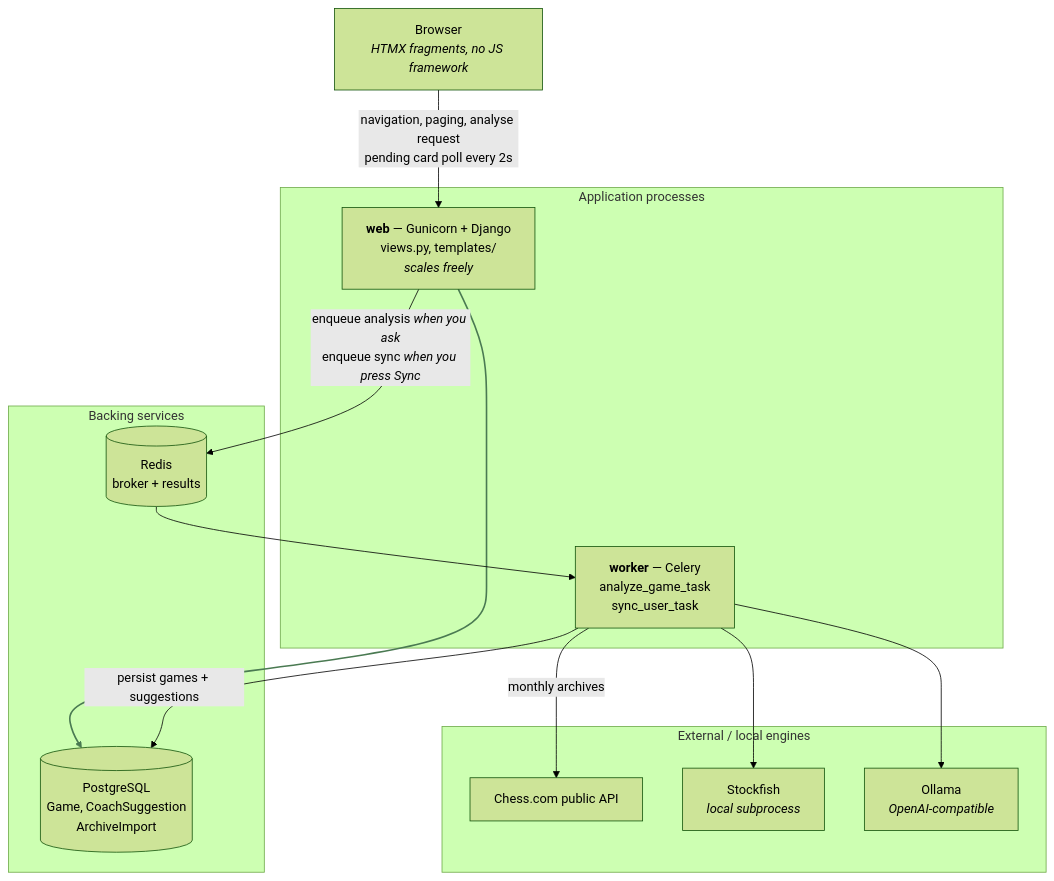
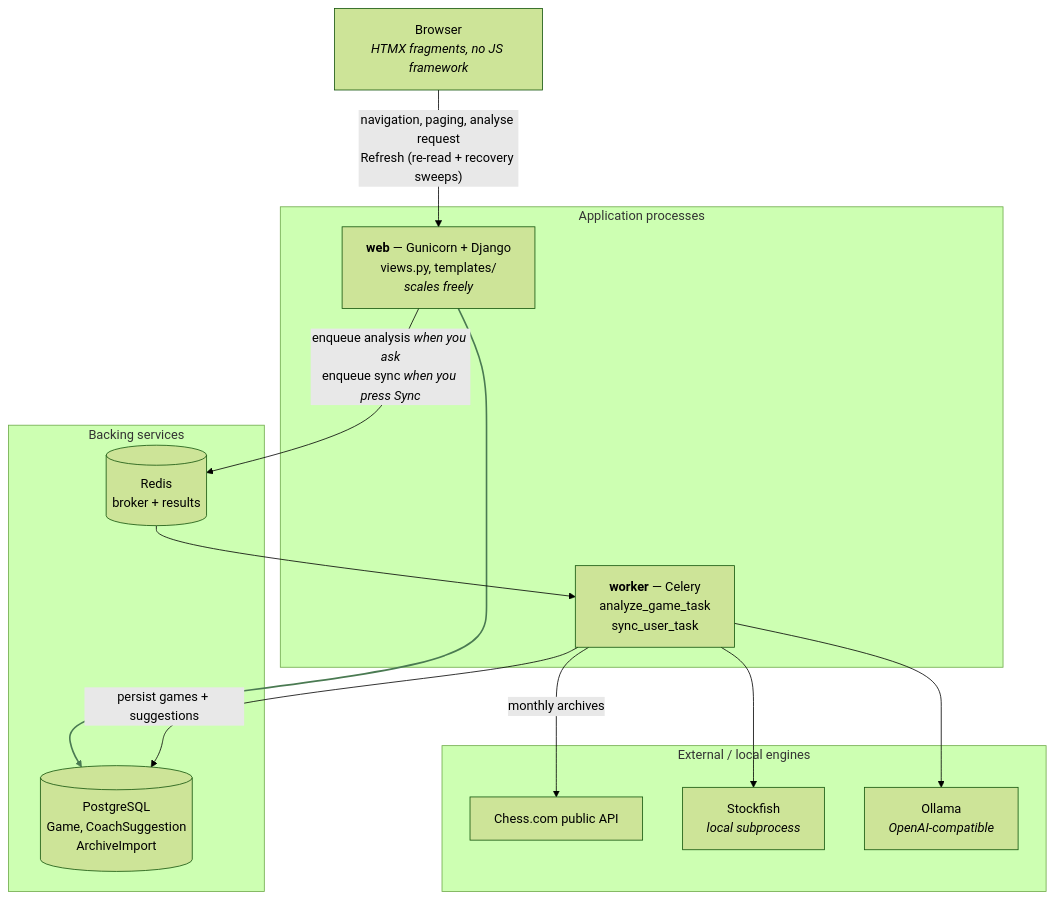
Before and after one commit to gab-25/chessdotcom_ai_coach: the first of 2 diagrams in docs/architecture.md, drawn with Mermaid (forest theme). The commit also changed other lines of this file and 20 other files, not shown here.

````diff
--- a/docs/architecture.md
+++ b/docs/architecture.md
@@ -34,31 +34,31 @@
 ```mermaid
 graph TD
     Browser["Browser<br/><i>HTMX fragments, no JS framework</i>"]
 
     subgraph app["Application processes"]
         Web["<b>web</b> — Gunicorn + Django<br/>views.py, templates/<br/><i>scales freely</i>"]
         Worker["<b>worker</b> — Celery<br/>analyze_game_task<br/>sync_user_task"]
     end
 
     subgraph infra["Backing services"]
         PG[("PostgreSQL<br/>Game, CoachSuggestion<br/>ArchiveImport")]
         Redis[("Redis<br/>broker + results")]
     end
 
     subgraph ext["External / local engines"]
         ChessCom["Chess.com public API"]
         SF["Stockfish<br/><i>local subprocess</i>"]
         LLM["Ollama<br/><i>OpenAI-compatible</i>"]
     end
 
-    Browser -->|"navigation, paging, analyse request<br/>pending card poll every 2s"| Web
+    Browser -->|"navigation, paging, analyse request<br/>Refresh (re-read + recovery sweeps)"| Web
     Web --> PG
     Web -->|"enqueue analysis <i>when you ask</i><br/>enqueue sync <i>when you press Sync</i>"| Redis
     Redis --> Worker
     Worker -->|"monthly archives"| ChessCom
     Worker --> SF
     Worker --> LLM
     Worker -->|"persist games + suggestions"| PG
 
     linkStyle 1 stroke:#4a7a52,stroke-width:2px
 ```
````
